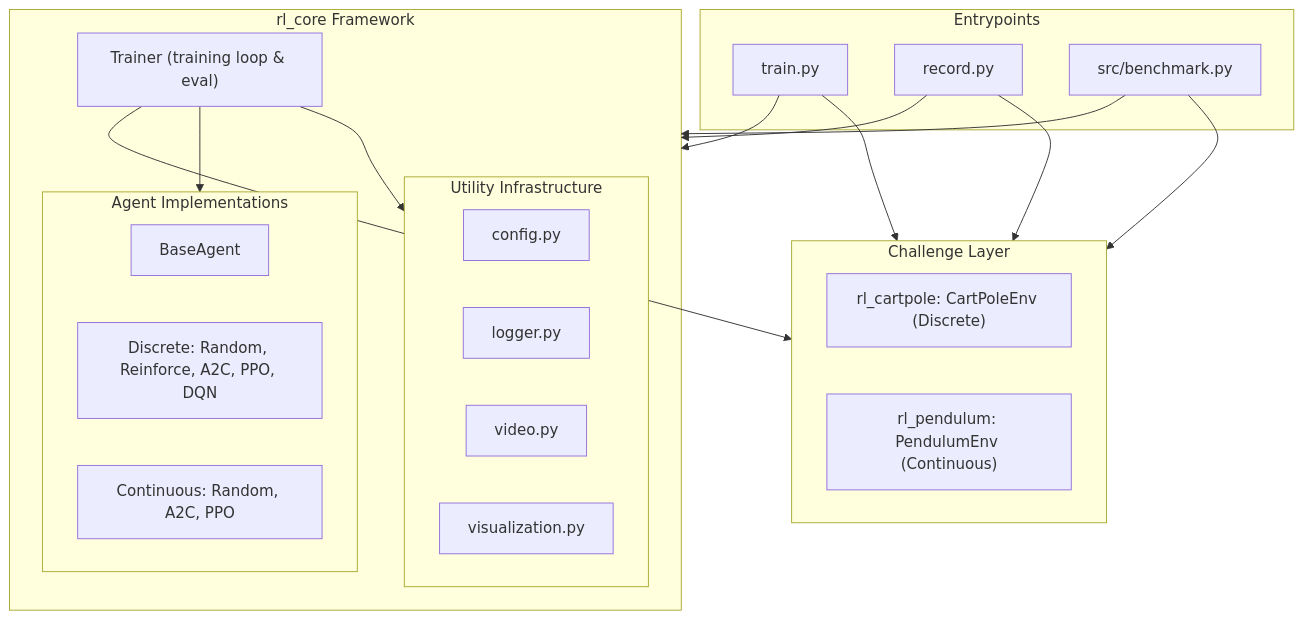
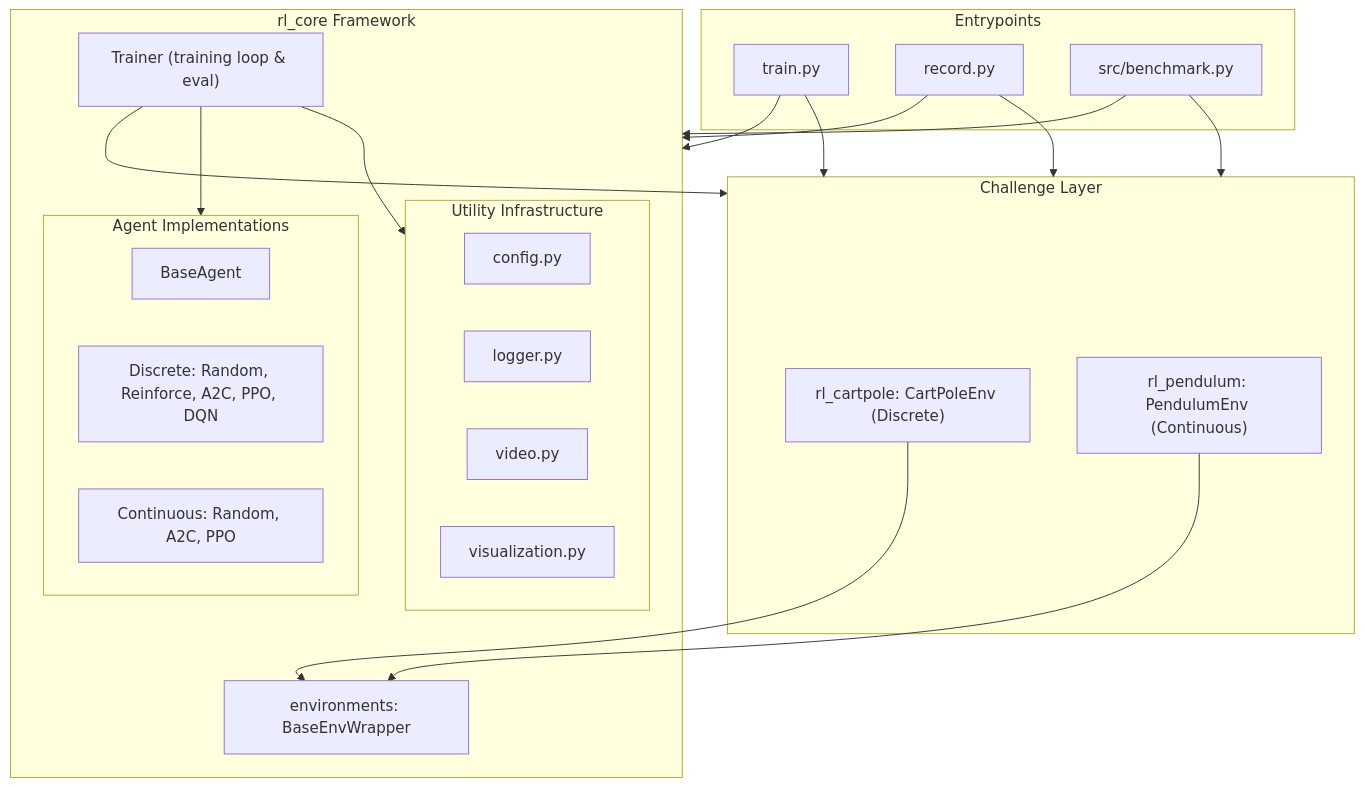
The first of 3 diagrams in ARCHITECTURE.md (andreijw/AI), drawn with Mermaid before and after one commit. The commit also changed other lines of this file and 10 other files, not shown here.

Commit message:
refactor(env): CartPole and Pendulum wrappers share rl_core.environments.BaseEnvWrapper

````diff
--- a/ARCHITECTURE.md
+++ b/ARCHITECTURE.md
@@ -80,40 +83,44 @@
 ```mermaid
 flowchart TD
     subgraph CLI ["Entrypoints"]
         Train["train.py"]
         Record["record.py"]
         Bench["src/benchmark.py"]
     end
 
     subgraph Challenges ["Challenge Layer"]
         CartPole["rl_cartpole: CartPoleEnv (Discrete)"]
         Pendulum["rl_pendulum: PendulumEnv (Continuous)"]
     end
 
     subgraph Core ["rl_core Framework"]
         Trainer["Trainer (training loop & eval)"]
         
         subgraph Agents ["Agent Implementations"]
             BaseAgent["BaseAgent"]
             DiscreteAgents["Discrete: Random, Reinforce, A2C, PPO, DQN"]
             ContinuousAgents["Continuous: Random, A2C, PPO"]
         end
 
+        EnvBase["environments: BaseEnvWrapper"]
+
         subgraph Utils ["Utility Infrastructure"]
             Config["config.py"]
             Logger["logger.py"]
             Video["video.py"]
             Viz["visualization.py"]
         end
     end
 
     Train --> Core
     Record --> Core
     Bench --> Core
     Train --> Challenges
     Record --> Challenges
     Bench --> Challenges
     Trainer --> Challenges
     Trainer --> Agents
     Trainer --> Utils
+    CartPole --> EnvBase
+    Pendulum --> EnvBase
 ```
````
